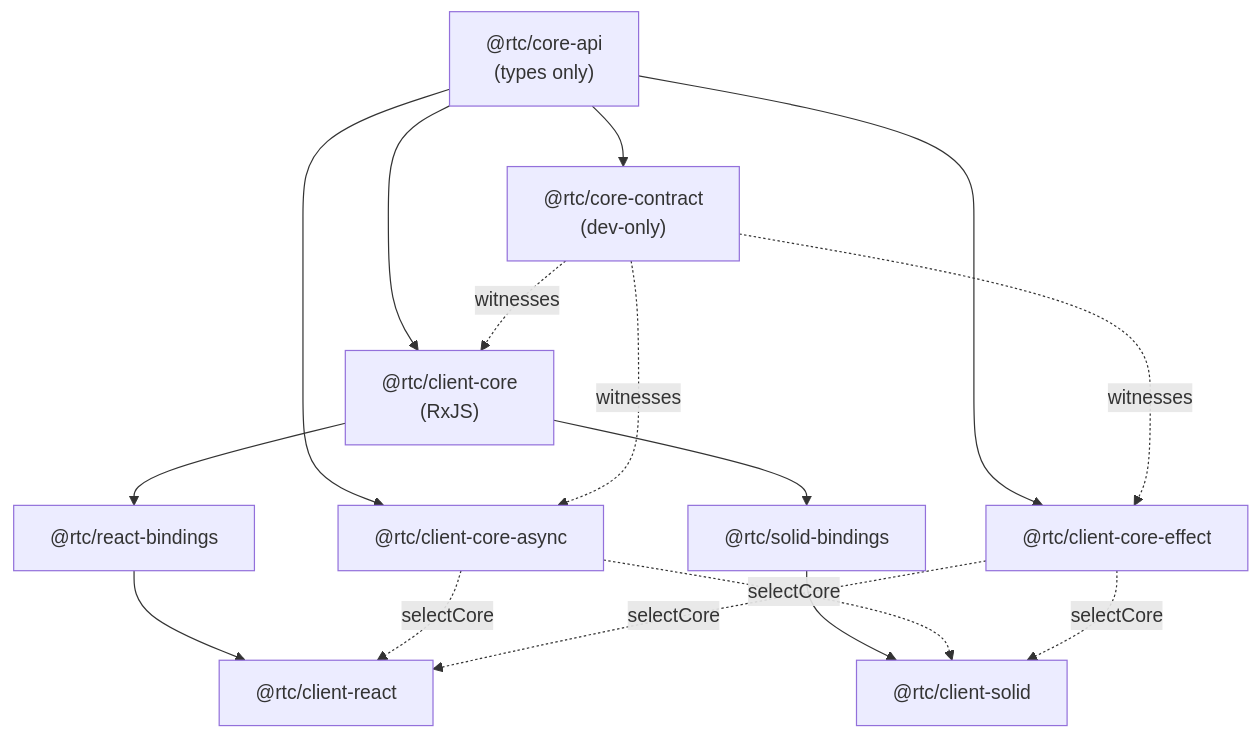
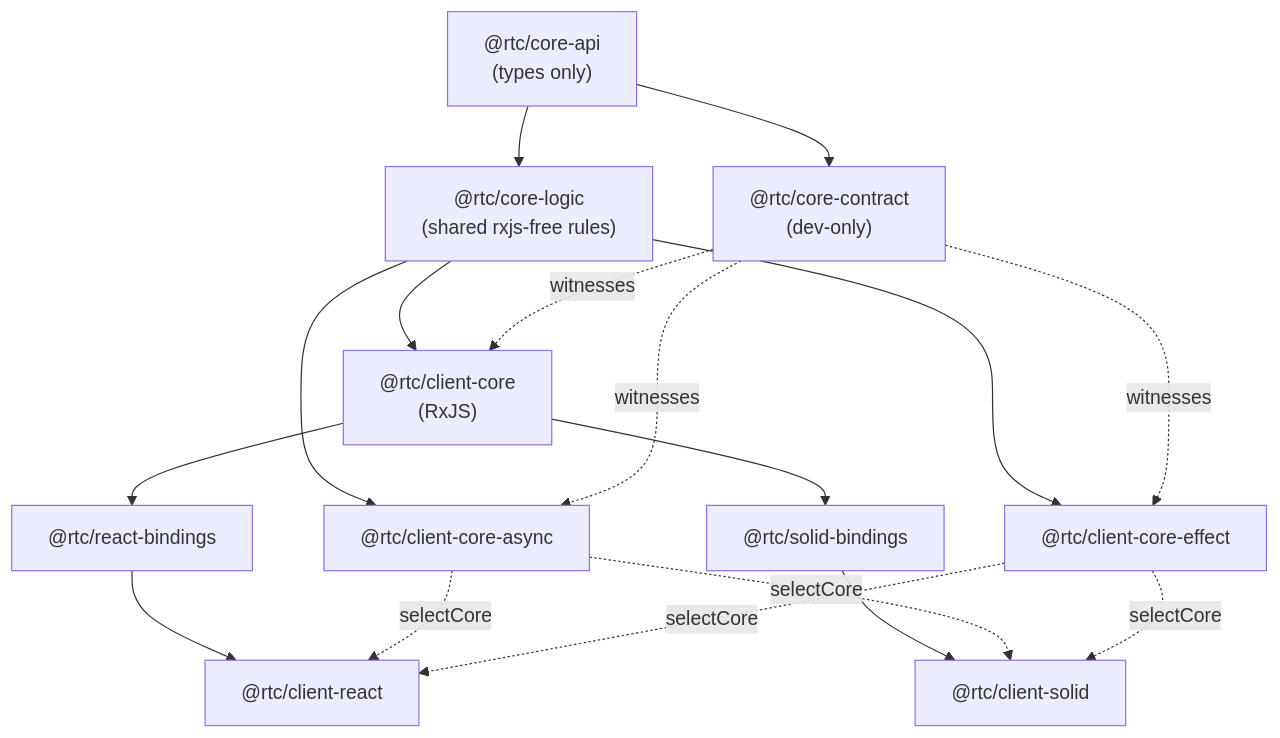
One commit to bettersoftware-io/ReactiveTraderCloudClone changed the diagram in docs/architecture/22-pluggable-application-core.md. Above: the diagram before and after it, drawn with Mermaid. The commit also changed other lines of this file and 11 other files, not shown here.

````diff
--- a/docs/architecture/22-pluggable-application-core.md
+++ b/docs/architecture/22-pluggable-application-core.md
@@ -17,28 +17,30 @@
 ```mermaid
 flowchart TB
   CoreAPI["@rtc/core-api<br/>(types only)"]
+  CoreLogic["@rtc/core-logic<br/>(shared rxjs-free rules)"]
   RxjsCore["@rtc/client-core<br/>(RxJS)"]
   AsyncCore["@rtc/client-core-async"]
   EffectCore["@rtc/client-core-effect"]
   CoreContract["@rtc/core-contract<br/>(dev-only)"]
   ReactBindings["@rtc/react-bindings"]
   SolidBindings["@rtc/solid-bindings"]
   ClientReact["@rtc/client-react"]
   ClientSolid["@rtc/client-solid"]
 
-  CoreAPI --> RxjsCore
-  CoreAPI --> AsyncCore
-  CoreAPI --> EffectCore
+  CoreAPI --> CoreLogic
+  CoreLogic --> RxjsCore
+  CoreLogic --> AsyncCore
+  CoreLogic --> EffectCore
   CoreAPI --> CoreContract
   CoreContract -. witnesses .-> RxjsCore
   CoreContract -. witnesses .-> AsyncCore
   CoreContract -. witnesses .-> EffectCore
   RxjsCore --> ReactBindings
   RxjsCore --> SolidBindings
   ReactBindings --> ClientReact
   SolidBindings --> ClientSolid
   AsyncCore -. selectCore .-> ClientReact
   EffectCore -. selectCore .-> ClientReact
   AsyncCore -. selectCore .-> ClientSolid
   EffectCore -. selectCore .-> ClientSolid
 ```
````
